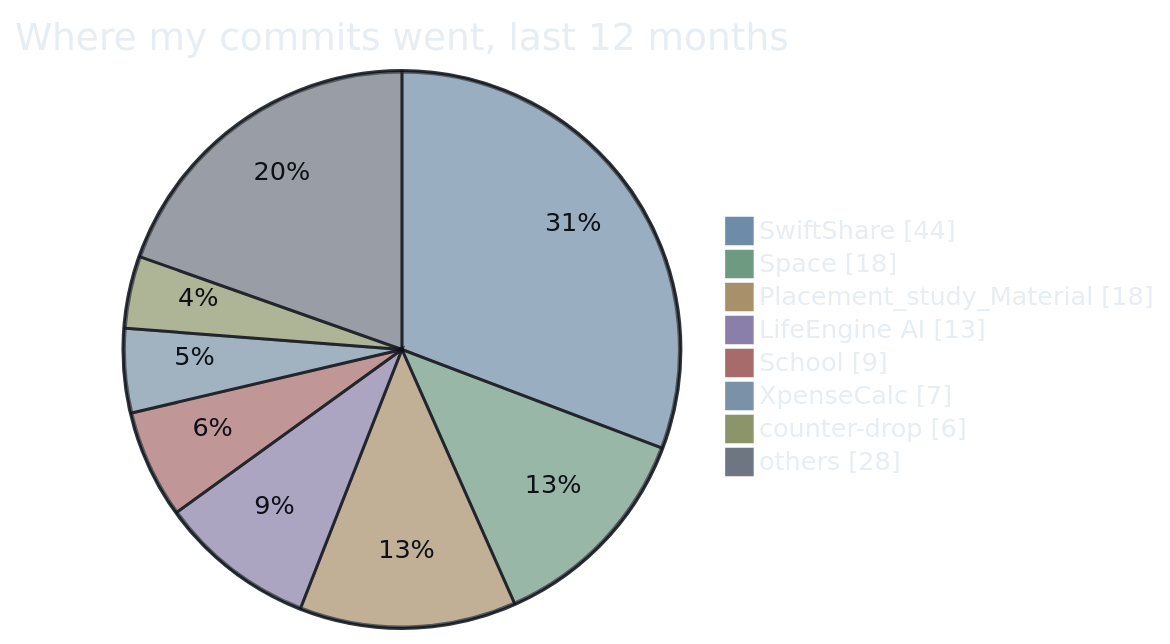
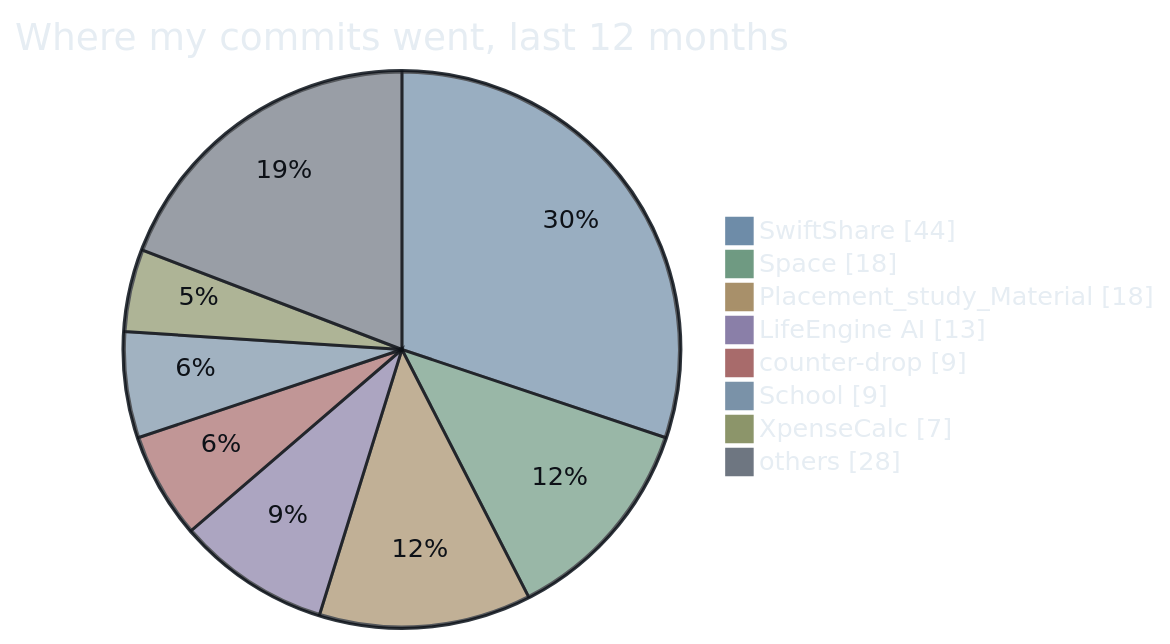
Before and after one commit to AyushPandey510/AyushPandey510: the seventh of 7 diagrams in README.md, drawn with Mermaid. The commit also changed other lines of this file and 9 other files, not shown here.

````diff
--- a/README.md
+++ b/README.md
@@ -187,12 +187,12 @@
 ```mermaid
 %%{init: {"theme":"base","themeVariables":{"pie1":"#6E8CA8","pie2":"#6F9A82","pie3":"#A8906A","pie4":"#8A7FA8","pie5":"#A86B6B","pie6":"#7A92A8","pie7":"#8C956A","pie8":"#6E7681","pieStrokeColor":"#0D1117","pieStrokeWidth":"2px","pieOuterStrokeColor":"#30363D","pieTitleTextColor":"#E6EDF3","pieSectionTextColor":"#0D1117","pieLegendTextColor":"#E6EDF3","fontFamily":"monospace"}}}%%
 pie showData title Where my commits went, last 12 months
     "SwiftShare" : 44
     "Space" : 18
     "Placement_study_Material" : 18
     "LifeEngine AI" : 13
+    "counter-drop" : 9
     "School" : 9
     "XpenseCalc" : 7
-    "counter-drop" : 6
     "others" : 28
 ```
````
